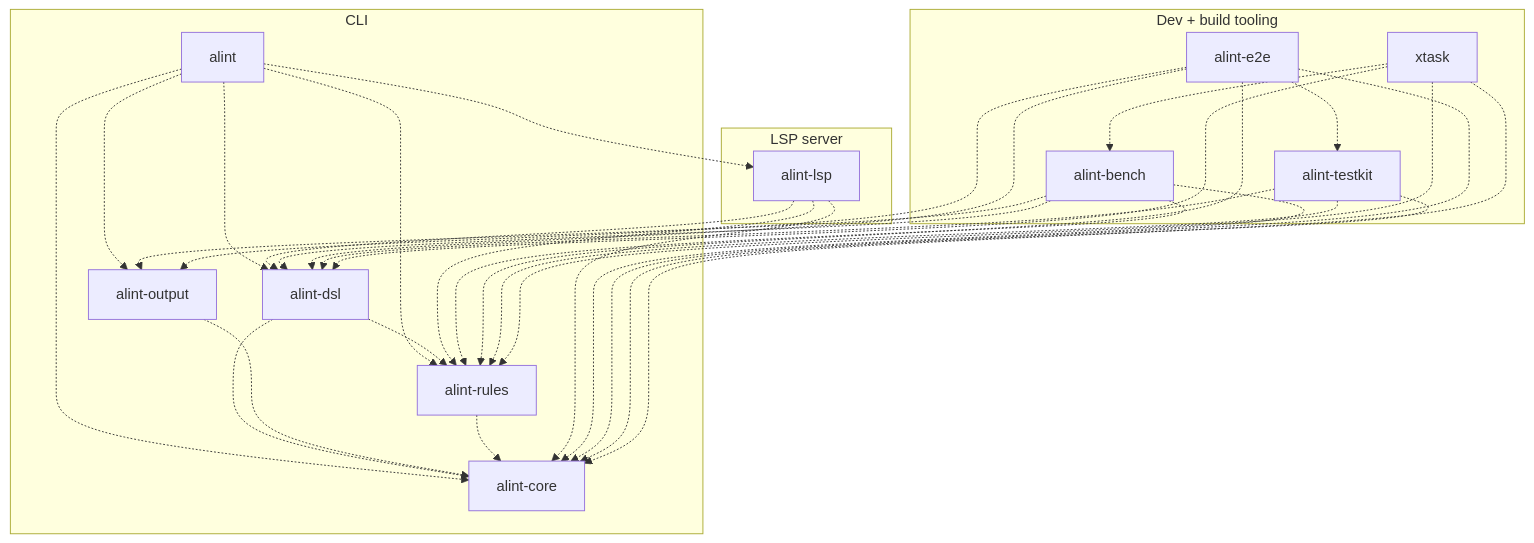
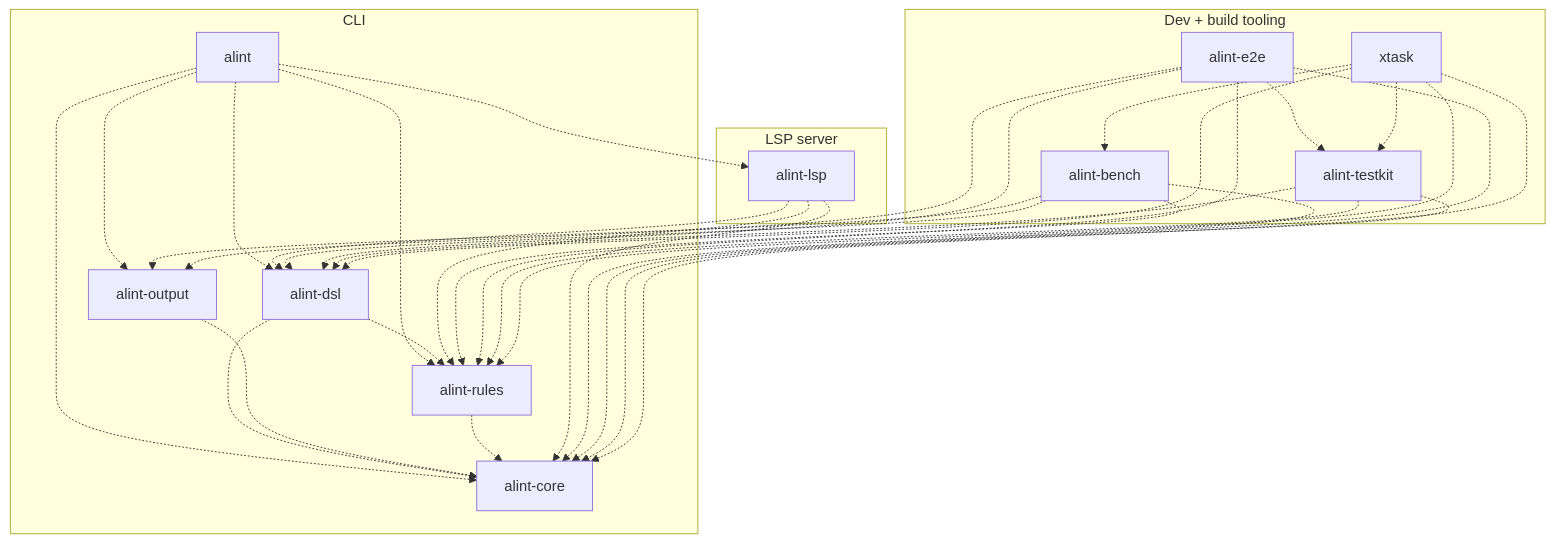
The fourth of 27 diagrams in docs/design/architecture/DIAGRAMS.md (actions-marketplace-validations/asamarts_alint), drawn with Mermaid before and after one commit. The commit also changed 21 other files, not shown here.

````diff
--- a/docs/design/architecture/DIAGRAMS.md
+++ b/docs/design/architecture/DIAGRAMS.md
@@ -108,47 +108,48 @@
 ```mermaid
 graph TB
   subgraph AlintTooling["`Dev + build tooling`"]
     AlintTooling.E2e["alint-e2e"]
     AlintTooling.Xtask["xtask"]
+    AlintTooling.Bench["alint-bench"]
     AlintTooling.Testkit["alint-testkit"]
-    AlintTooling.Bench["alint-bench"]
   end
   subgraph AlintCli["`CLI`"]
     AlintCli.AlintBin["alint"]
     AlintCli.Output["alint-output"]
     AlintCli.Dsl["alint-dsl"]
     AlintCli.Rules["alint-rules"]
     AlintCli.Core["alint-core"]
   end
   subgraph AlintLspServer["`LSP server`"]
     AlintLspServer.Lspd["alint-lsp"]
   end
   AlintCli.AlintBin -.-> AlintCli.Core
   AlintCli.AlintBin -.-> AlintCli.Dsl
   AlintCli.Dsl -.-> AlintCli.Core
   AlintCli.AlintBin -.-> AlintCli.Output
   AlintCli.Output -.-> AlintCli.Core
   AlintCli.AlintBin -.-> AlintCli.Rules
   AlintCli.Dsl -.-> AlintCli.Rules
   AlintCli.Rules -.-> AlintCli.Core
   AlintCli.AlintBin -.-> AlintLspServer.Lspd
   AlintLspServer.Lspd -.-> AlintCli.Core
   AlintLspServer.Lspd -.-> AlintCli.Dsl
   AlintLspServer.Lspd -.-> AlintCli.Rules
   AlintTooling.Bench -.-> AlintCli.Core
   AlintTooling.Bench -.-> AlintCli.Dsl
   AlintTooling.Bench -.-> AlintCli.Output
   AlintTooling.Bench -.-> AlintCli.Rules
   AlintTooling.E2e -.-> AlintCli.Core
   AlintTooling.E2e -.-> AlintCli.Dsl
   AlintTooling.E2e -.-> AlintCli.Output
   AlintTooling.E2e -.-> AlintCli.Rules
   AlintTooling.E2e -.-> AlintTooling.Testkit
   AlintTooling.Testkit -.-> AlintCli.Core
   AlintTooling.Testkit -.-> AlintCli.Dsl
   AlintTooling.Testkit -.-> AlintCli.Rules
   AlintTooling.Xtask -.-> AlintCli.Core
   AlintTooling.Xtask -.-> AlintCli.Dsl
   AlintTooling.Xtask -.-> AlintCli.Rules
   AlintTooling.Xtask -.-> AlintTooling.Bench
+  AlintTooling.Xtask -.-> AlintTooling.Testkit
 ```
````
